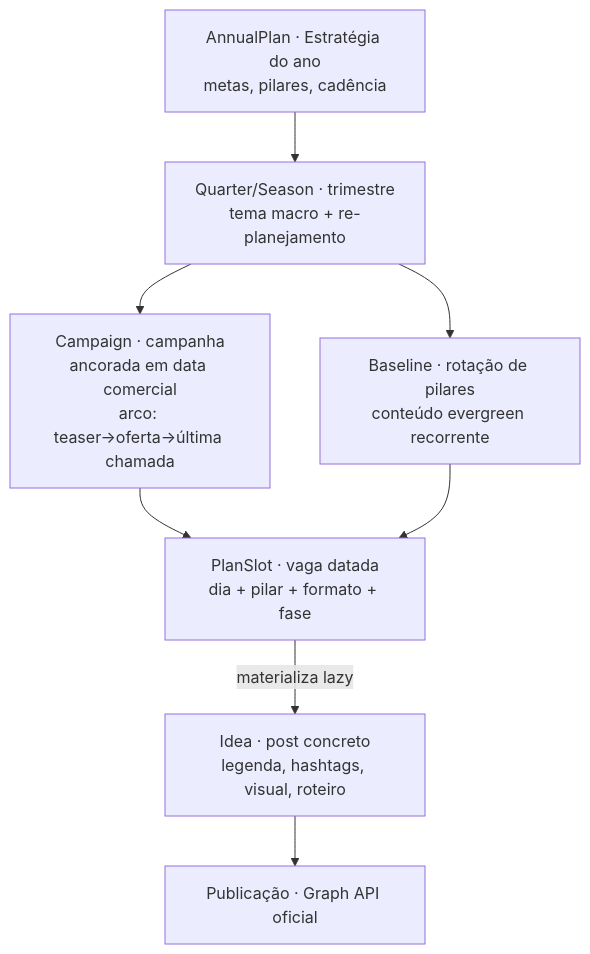
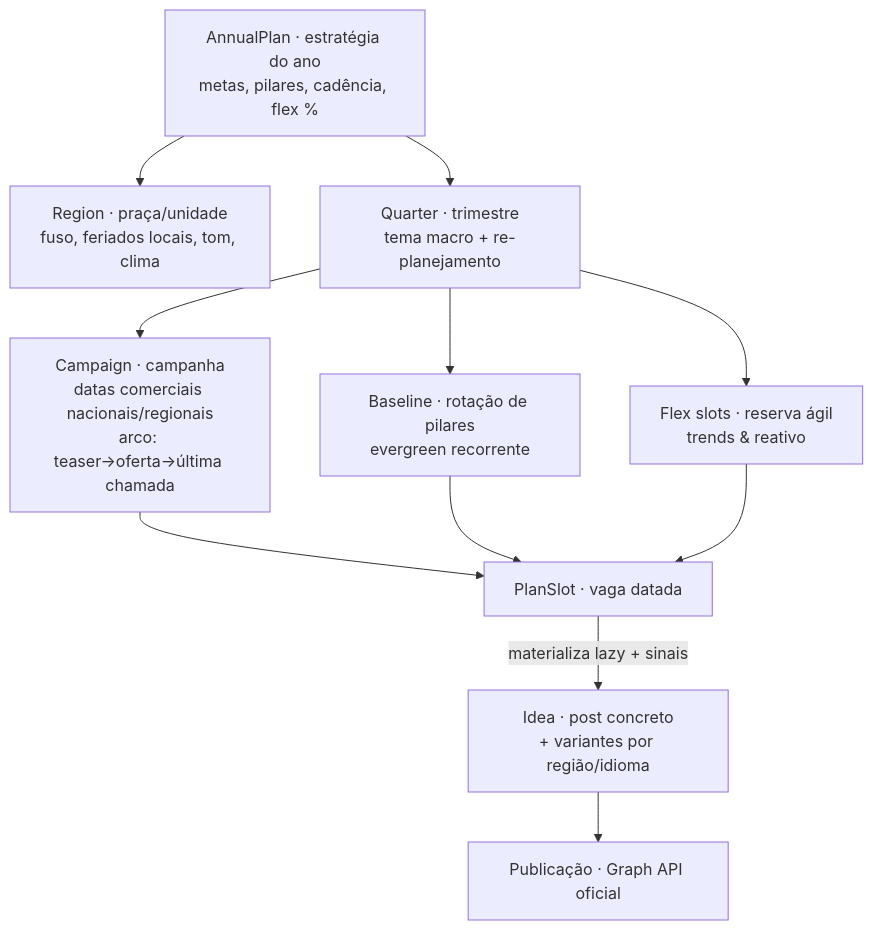
One commit to stpedr/neocoisas changed the first of 3 diagrams in docs/planejamento/arquitetura-planejamento-anual.md. Above: the diagram before and after it, drawn with Mermaid. The commit also changed other lines of this file, not shown here.

First line of the commit message:
docs: arquitetura anual com regionalização, trends e sinais dinâmicos

````diff
--- a/docs/planejamento/arquitetura-planejamento-anual.md
+++ b/docs/planejamento/arquitetura-planejamento-anual.md
@@ -39,10 +40,13 @@
 ```mermaid
 graph TD
-    A[AnnualPlan · Estratégia do ano<br/>metas, pilares, cadência] --> Q[Quarter/Season · trimestre<br/>tema macro + re-planejamento]
-    Q --> C[Campaign · campanha<br/>ancorada em data comercial<br/>arco: teaser→oferta→última chamada]
-    Q --> B[Baseline · rotação de pilares<br/>conteúdo evergreen recorrente]
-    C --> S[PlanSlot · vaga datada<br/>dia + pilar + formato + fase]
+    A[AnnualPlan · estratégia do ano<br/>metas, pilares, cadência, flex %] --> R[Region · praça/unidade<br/>fuso, feriados locais, tom, clima]
+    A --> Q[Quarter · trimestre<br/>tema macro + re-planejamento]
+    Q --> C[Campaign · campanha<br/>datas comerciais nacionais/regionais<br/>arco: teaser→oferta→última chamada]
+    Q --> B[Baseline · rotação de pilares<br/>evergreen recorrente]
+    Q --> F[Flex slots · reserva ágil<br/>trends & reativo]
+    C --> S[PlanSlot · vaga datada]
     B --> S
-    S -->|materializa lazy| I[Idea · post concreto<br/>legenda, hashtags, visual, roteiro]
+    F --> S
+    S -->|materializa lazy + sinais| I[Idea · post concreto<br/>+ variantes por região/idioma]
     I --> P[Publicação · Graph API oficial]
 ```
````
